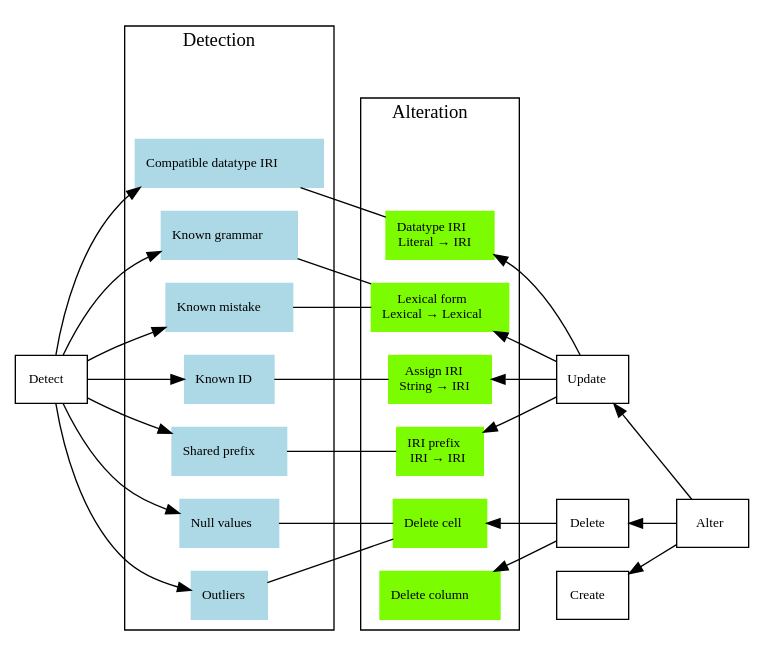
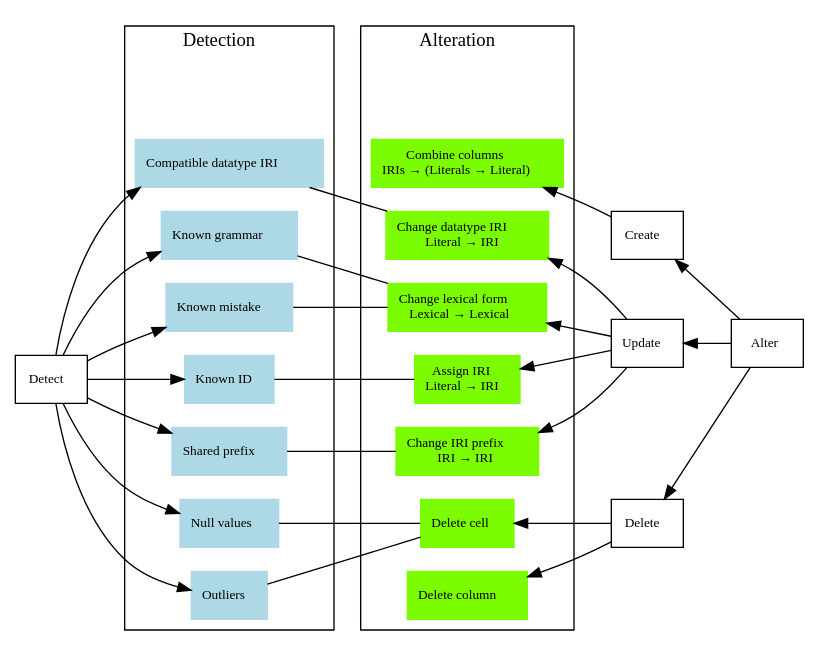
The diagram in img/data_trans.dot (wouterbeek/prolog_rdf), drawn with Graphviz before and after one commit. The commit also changed 1 other file, not shown here.

Commit message:
Big rewrite of module rdf_update:   - Moved rdf_update/[4,5] to module rdf11.   - Added a clause that takes an additional graph argument, for every predicate.   - Use a generic meta-predicate rdf_call_update/[1,2] for all update predicates.

```diff
--- a/img/data_trans.dot
+++ b/img/data_trans.dot
@@ -1,92 +1,94 @@
 digraph data_transformation {
   rankdir=LR;
   node [fontsize=10.0,shape=rect];
 
   {
     rank=same;
     r1 [style=invisible];
     n1 [label=<Detect>];
   }
 
   subgraph cluster0 {
     label=<Detection>;
     rank=same;
     r2 [style=invisible];
     node [color=lightblue,style=filled];
     n11 [label=<Compatible datatype IRI>];
     n12 [label=<Known grammar>];
     n13 [label=<Known mistake>];
     n14 [label=<Known ID>];
     n15 [label=<Shared prefix>];
     n16 [label=<Null values>];
     n17 [label=<Outliers>];
   }
 
   subgraph cluster1 {
     label=<Alteration>;
     rank=same;
     r3 [style=invisible];
     node [color=lawngreen,style=filled];
-    n221 [label=<Datatype IRI<BR/>Literal → IRI>];
-    n222 [label=<Lexical form<BR/>Lexical → Lexical>];
-    n223 [label=<Assign IRI<BR/>String → IRI>];
-    n224 [label=<IRI prefix<BR/>IRI → IRI>];
+    n211 [label=<Combine columns<BR/>IRIs → (Literals → Literal)>];
+    n221 [label=<Change datatype IRI<BR/>Literal → IRI>];
+    n222 [label=<Change lexical form<BR/>Lexical → Lexical>];
+    n223 [label=<Assign IRI<BR/>Literal → IRI>];
+    n224 [label=<Change IRI prefix<BR/>IRI → IRI>];
     n231 [label=<Delete cell>];
     n232 [label=<Delete column>];
   }
   
   {
     rank=same;
     r4 [style=invisible];
     n21 [label=<Create>];
     n22 [label=<Update>];
     n23 [label=<Delete>];
   }
 
   {
     rank=same;
     r5 [style=invisible];
     n2 [label=<Alter>];
   }
   
   {
     edge [arrowhead=none,style=invisible];
     r1 -> r2 -> r3 -> r4 -> r5;
   }
 
   {
     edge [dir=forward];
     n1 -> n11;
     n1 -> n12;
     n1 -> n13;
     n1 -> n14;
     n1 -> n15;
     n1 -> n16;
     n1 -> n17;
   }
   
   {
     edge [dir=none];
     n11 -> n221;
     n12 -> n222;
     n13 -> n222;
     n14 -> n223;
     n15 -> n224;
     n16 -> n231;
     n17 -> n231;
   }
 
   {
     edge [dir=back];
+    n211 -> n21;
     n221 -> n22;
     n222 -> n22;
     n223 -> n22;
     n224 -> n22;
     n231 -> n23;
     n232 -> n23;
 
     n21 -> n2;
     n22 -> n2;
     n23 -> n2;
   }
 }
```
